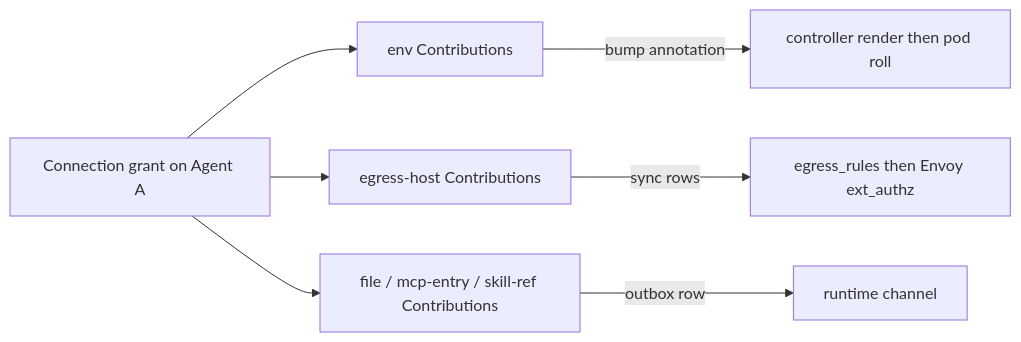
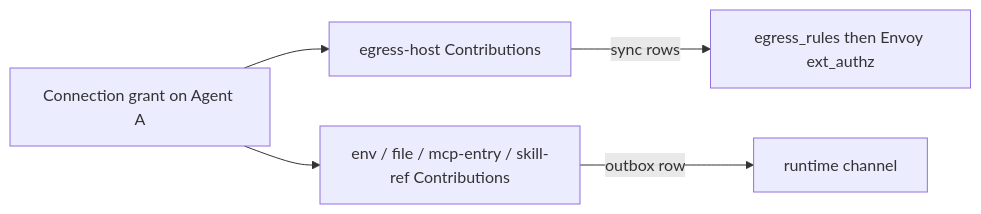
Before and after one commit to subbyte/dam: the first of 6 diagrams in docs/architecture/connections.md, drawn with Mermaid. The commit also changed other lines of this file and 44 other files, not shown here.

First line of the commit message:
feat: env injection without pod rolls

````diff
--- a/docs/architecture/connections.md
+++ b/docs/architecture/connections.md
@@ -28,17 +29,13 @@
 ```mermaid
 flowchart LR
   grant[Connection grant on Agent A]
-  envRail[env Contributions]
   hostRail[egress-host Contributions]
-  rtRail[file / mcp-entry / skill-ref Contributions]
-  controller[controller render then pod roll]
+  rtRail[env / file / mcp-entry / skill-ref Contributions]
   envoy[egress_rules then Envoy ext_authz]
   channel[runtime channel]
 
-  grant --> envRail
   grant --> hostRail
   grant --> rtRail
-  envRail -->|bump annotation| controller
   hostRail -->|sync rows| envoy
   rtRail -->|outbox row| channel
 ```
````
